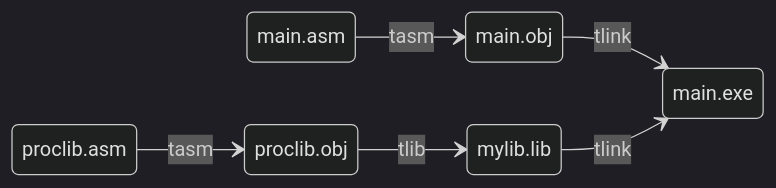
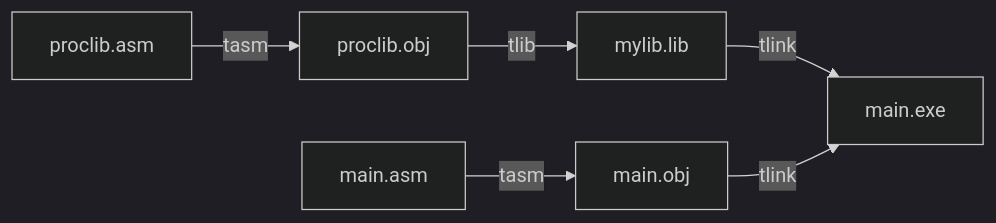
The second of 2 diagrams in Lab_08/theory.md (tudorcoroian17/ALP), drawn with Mermaid (dark theme) before and after one commit. The commit also changed other lines of this file and 4 other files, not shown here.

````diff
--- a/Lab_08/theory.md
+++ b/Lab_08/theory.md
@@ -55,15 +56,7 @@
 ```mermaid
-stateDiagram-v2
-    direction LR
-    A: proclib.asm
-    B: proclib.obj
-    C: mylib.lib
-    D: main.asm
-    E: main.obj
-    F: main.exe
-    A --> B: tasm 
-    B --> C: tlib
-    D --> E: tasm 
-    E --> F: tlink
-    C --> F: tlink   
+flowchart LR
+    A[proclib.asm] -- tasm --> B[proclib.obj]
+    B -- tlib --> C[mylib.lib]
+    D[main.asm] -- tasm --> E[main.obj]
+    C & E -- tlink --> F[main.exe] 
 ```
````
